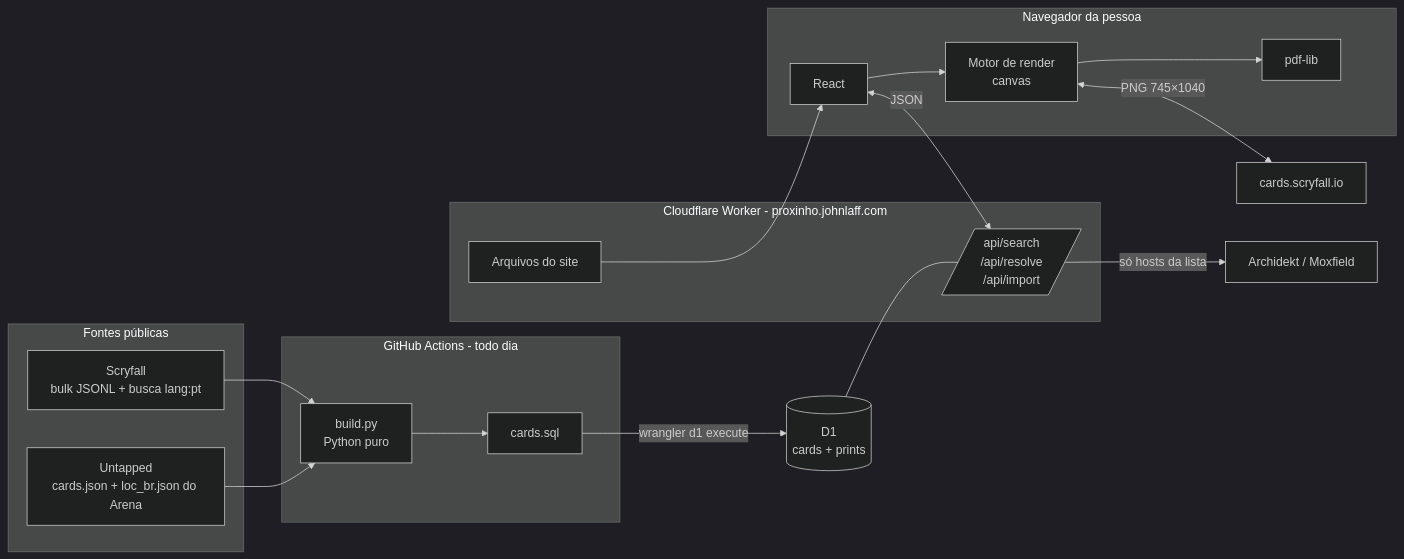
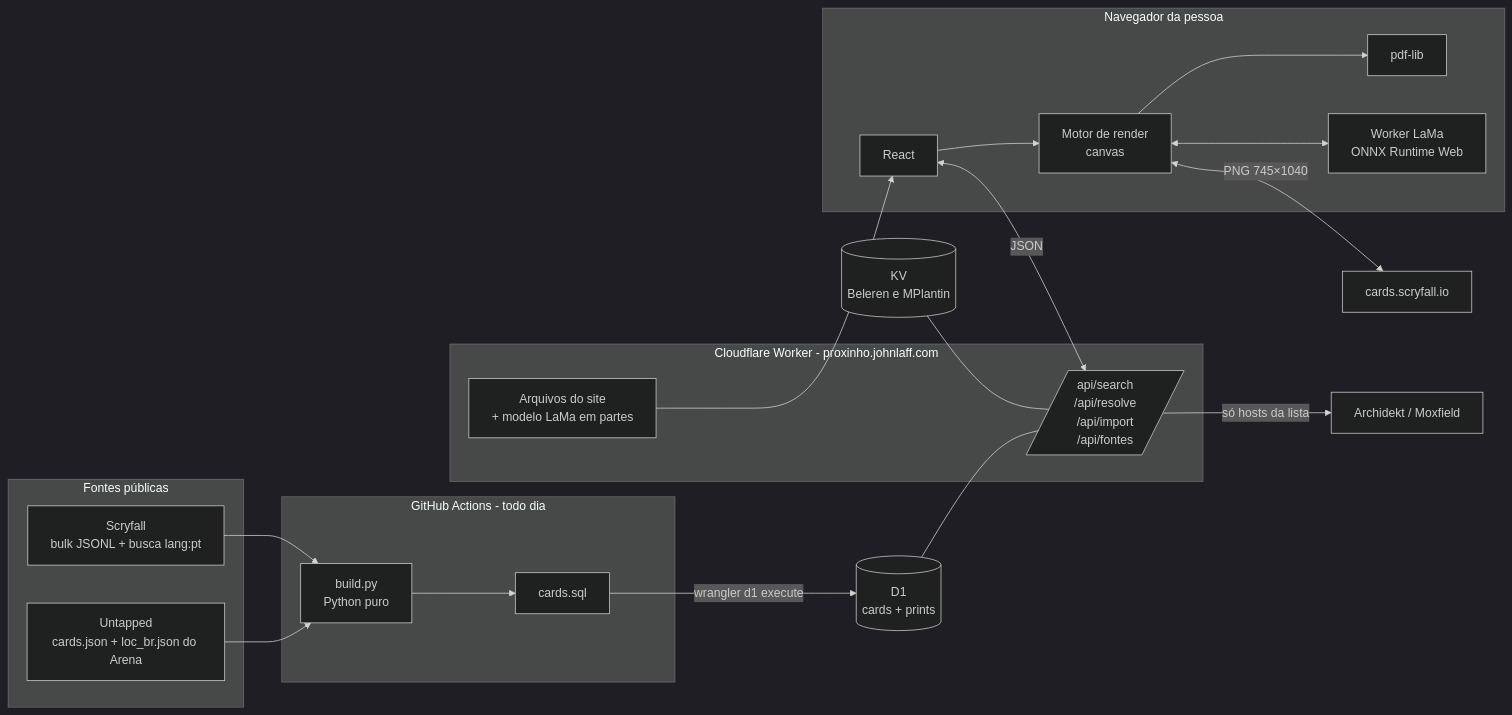
Before and after one commit to johnlaff/Proxinho: the diagram in docs/arquitetura.md, drawn with Mermaid (dark theme). The commit also changed other lines of this file and 25 other files, not shown here.

````diff
--- a/docs/arquitetura.md
+++ b/docs/arquitetura.md
@@ -5,26 +5,28 @@
 ```mermaid
 flowchart LR
   subgraph Fontes públicas
     S[Scryfall<br/>bulk JSONL + busca lang:pt]
     U[Untapped<br/>cards.json + loc_br.json do Arena]
   end
   subgraph GitHub Actions - todo dia
     P[build.py<br/>Python puro] --> SQL[cards.sql]
   end
   S --> P
   U --> P
   SQL -->|wrangler d1 execute| D1[(D1<br/>cards + prints)]
   subgraph Cloudflare Worker - proxinho.johnlaff.com
-    A[/api/search<br/>/api/resolve<br/>/api/import/]
-    ST[Arquivos do site]
+    A[/api/search<br/>/api/resolve<br/>/api/import<br/>/api/fontes/]
+    ST[Arquivos do site<br/>+ modelo LaMa em partes]
   end
   D1 --- A
+  KV[(KV<br/>Beleren e MPlantin)] --- A
   subgraph Navegador da pessoa
     UI[React] --> E[Motor de render<br/>canvas]
     E --> PDF[pdf-lib]
+    E <--> LW[Worker LaMa<br/>ONNX Runtime Web]
   end
   UI <-->|JSON| A
   ST --> UI
   E <-->|PNG 745×1040| CDN[cards.scryfall.io]
   A -->|só hosts da lista| AR[Archidekt / Moxfield]
 ```
````
